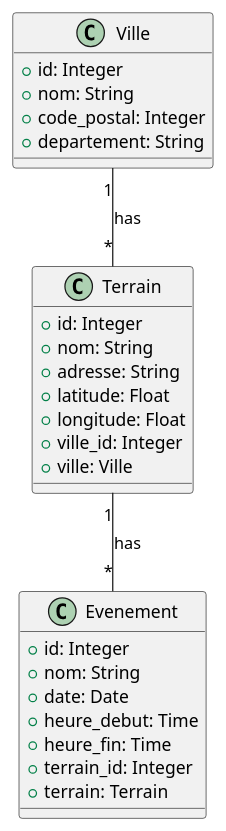
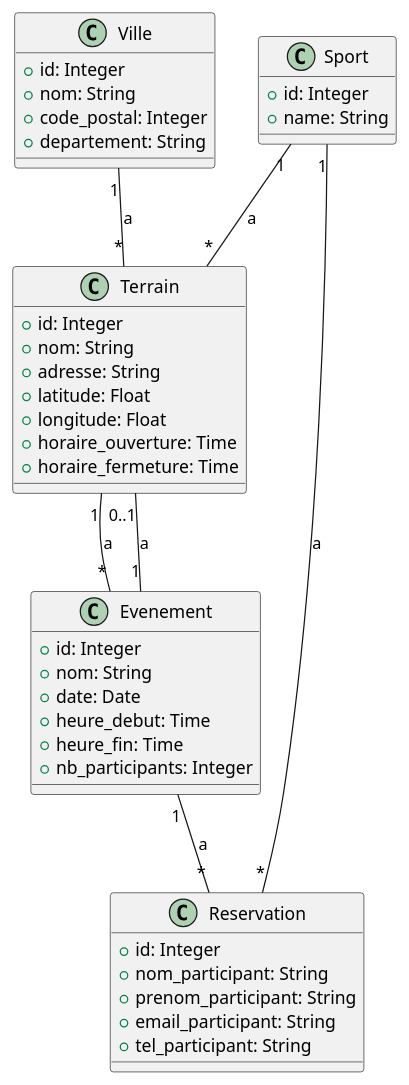
Before and after one commit to mfrj22/socsport: the diagram in src/docs/asciidoc/models/model.puml, drawn with PlantUML. The commit also changed 3 other files, not shown here.

Commit message:
MAJ des diagrammes

```diff
--- a/src/docs/asciidoc/models/model.puml
+++ b/src/docs/asciidoc/models/model.puml
@@ -1,33 +1,47 @@
-@startuml model
-
+@startuml
 class Ville {
   + id: Integer
   + nom: String
   + code_postal: Integer
   + departement: String
 }
 
 class Terrain {
   + id: Integer
   + nom: String
   + adresse: String
   + latitude: Float
   + longitude: Float
-  + ville_id: Integer
-  + ville: Ville
+  + horaire_ouverture: Time
+  + horaire_fermeture: Time
 }
 
 class Evenement {
   + id: Integer
   + nom: String
   + date: Date
   + heure_debut: Time
   + heure_fin: Time
-  + terrain_id: Integer
-  + terrain: Terrain
+  + nb_participants: Integer
 }
 
-Ville "1" -- "*" Terrain : has
-Terrain "1" -- "*" Evenement : has
+class Sport {
+  + id: Integer
+  + name: String
+}
 
+class Reservation {
+  + id: Integer
+  + nom_participant: String
+  + prenom_participant: String
+  + email_participant: String
+  + tel_participant: String
+}
+
+Ville "1" -- "*" Terrain : a
+Terrain "1" -- "*" Evenement : a
+Evenement "1" -- "0..1" Terrain : a
+Evenement "1" -- "*" Reservation : a
+Sport "1" -- "*" Terrain : a
+Sport "1" -- "*" Reservation : a
 @enduml
```
